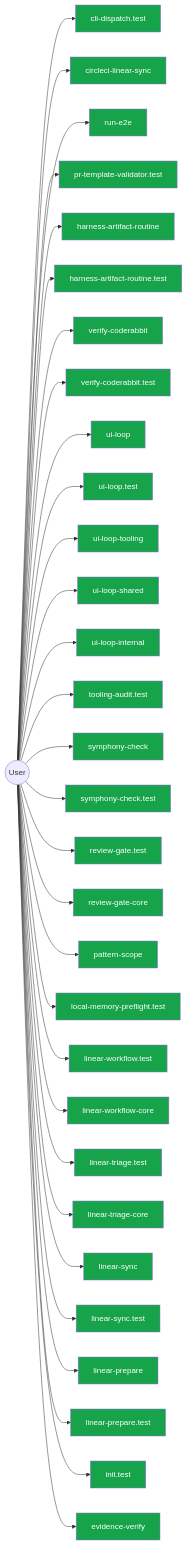
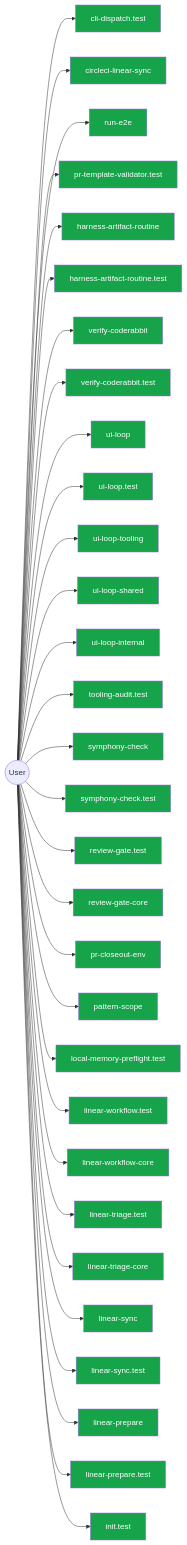
Diagram 14 of 14 in AI/context/diagram-context.md (jscraik/coding-harness), drawn with Mermaid before and after one commit. The commit also changed other lines of this file and 12 other files, not shown here.

First line of the commit message:
fix(pr-closeout): address advisory review threads

````diff
--- a/AI/context/diagram-context.md
+++ b/AI/context/diagram-context.md
@@ -2011,67 +2022,67 @@
 ```mermaid
 flowchart LR
   User(("User"))
   cli_dispatch_test_54c9f17b["cli-dispatch.test"]
   User --> cli_dispatch_test_54c9f17b
   circleci_linear_sync_19c0d6da["circleci-linear-sync"]
   User --> circleci_linear_sync_19c0d6da
   run_e2e_39efe696["run-e2e"]
   User --> run_e2e_39efe696
   pr_template_validator_test_569b1cef["pr-template-validator.test"]
   User --> pr_template_validator_test_569b1cef
   harness_artifact_routine_17afacff["harness-artifact-routine"]
   User --> harness_artifact_routine_17afacff
   harness_artifact_routine_test_299f387d["harness-artifact-routine.test"]
   User --> harness_artifact_routine_test_299f387d
   verify_coderabbit_490b4e71["verify-coderabbit"]
   User --> verify_coderabbit_490b4e71
   verify_coderabbit_test_46cfcf29["verify-coderabbit.test"]
   User --> verify_coderabbit_test_46cfcf29
   ui_loop_11660889["ui-loop"]
   User --> ui_loop_11660889
   ui_loop_test_f0eabc42["ui-loop.test"]
   User --> ui_loop_test_f0eabc42
   ui_loop_tooling_12b2d2c7["ui-loop-tooling"]
   User --> ui_loop_tooling_12b2d2c7
   ui_loop_shared_8c83b841["ui-loop-shared"]
   User --> ui_loop_shared_8c83b841
   ui_loop_internal_f2eb8892["ui-loop-internal"]
   User --> ui_loop_internal_f2eb8892
   tooling_audit_test_d2aee28c["tooling-audit.test"]
   User --> tooling_audit_test_d2aee28c
   symphony_check_e97f2ea0["symphony-check"]
   User --> symphony_check_e97f2ea0
   symphony_check_test_6cb33eb2["symphony-check.test"]
   User --> symphony_check_test_6cb33eb2
   review_gate_test_000e2ed6["review-gate.test"]
   User --> review_gate_test_000e2ed6
   review_gate_core_4c8001f9["review-gate-core"]
   User --> review_gate_core_4c8001f9
+  pr_closeout_env_9bfcd9ef["pr-closeout-env"]
+  User --> pr_closeout_env_9bfcd9ef
   pattern_scope_61ff946d["pattern-scope"]
   User --> pattern_scope_61ff946d
   local_memory_preflight_test_5e323bbf["local-memory-preflight.test"]
   User --> local_memory_preflight_test_5e323bbf
   linear_workflow_test_a351dcb0["linear-workflow.test"]
   User --> linear_workflow_test_a351dcb0
   linear_workflow_core_0e19cff4["linear-workflow-core"]
   User --> linear_workflow_core_0e19cff4
   linear_triage_test_1b75a8b8["linear-triage.test"]
   User --> linear_triage_test_1b75a8b8
   linear_triage_core_7cbca73e["linear-triage-core"]
   User --> linear_triage_core_7cbca73e
   linear_sync_a2fa2bf7["linear-sync"]
   User --> linear_sync_a2fa2bf7
   linear_sync_test_da1e1eab["linear-sync.test"]
   User --> linear_sync_test_da1e1eab
   linear_prepare_0c613ba6["linear-prepare"]
   User --> linear_prepare_0c613ba6
   linear_prepare_test_678f11a9["linear-prepare.test"]
   User --> linear_prepare_test_678f11a9
   init_test_cbba76a6["init.test"]
   User --> init_test_cbba76a6
-  evidence_verify_3b73c290["evidence-verify"]
-  User --> evidence_verify_3b73c290
   classDef userNode fill:#16a34a,color:#fff
-  class cli_dispatch_test_54c9f17b,circleci_linear_sync_19c0d6da,run_e2e_39efe696,pr_template_validator_test_569b1cef,harness_artifact_routine_17afacff,harness_artifact_routine_test_299f387d,verify_coderabbit_490b4e71,verify_coderabbit_test_46cfcf29,ui_loop_11660889,ui_loop_test_f0eabc42,ui_loop_tooling_12b2d2c7,ui_loop_shared_8c83b841,ui_loop_internal_f2eb8892,tooling_audit_test_d2aee28c,symphony_check_e97f2ea0,symphony_check_test_6cb33eb2,review_gate_test_000e2ed6,review_gate_core_4c8001f9,pattern_scope_61ff946d,local_memory_preflight_test_5e323bbf,linear_workflow_test_a351dcb0,linear_workflow_core_0e19cff4,linear_triage_test_1b75a8b8,linear_triage_core_7cbca73e,linear_sync_a2fa2bf7,linear_sync_test_da1e1eab,linear_prepare_0c613ba6,linear_prepare_test_678f11a9,init_test_cbba76a6,evidence_verify_3b73c290 userNode
+  class cli_dispatch_test_54c9f17b,circleci_linear_sync_19c0d6da,run_e2e_39efe696,pr_template_validator_test_569b1cef,harness_artifact_routine_17afacff,harness_artifact_routine_test_299f387d,verify_coderabbit_490b4e71,verify_coderabbit_test_46cfcf29,ui_loop_11660889,ui_loop_test_f0eabc42,ui_loop_tooling_12b2d2c7,ui_loop_shared_8c83b841,ui_loop_internal_f2eb8892,tooling_audit_test_d2aee28c,symphony_check_e97f2ea0,symphony_check_test_6cb33eb2,review_gate_test_000e2ed6,review_gate_core_4c8001f9,pr_closeout_env_9bfcd9ef,pattern_scope_61ff946d,local_memory_preflight_test_5e323bbf,linear_workflow_test_a351dcb0,linear_workflow_core_0e19cff4,linear_triage_test_1b75a8b8,linear_triage_core_7cbca73e,linear_sync_a2fa2bf7,linear_sync_test_da1e1eab,linear_prepare_0c613ba6,linear_prepare_test_678f11a9,init_test_cbba76a6 userNode
 
 ```
````
